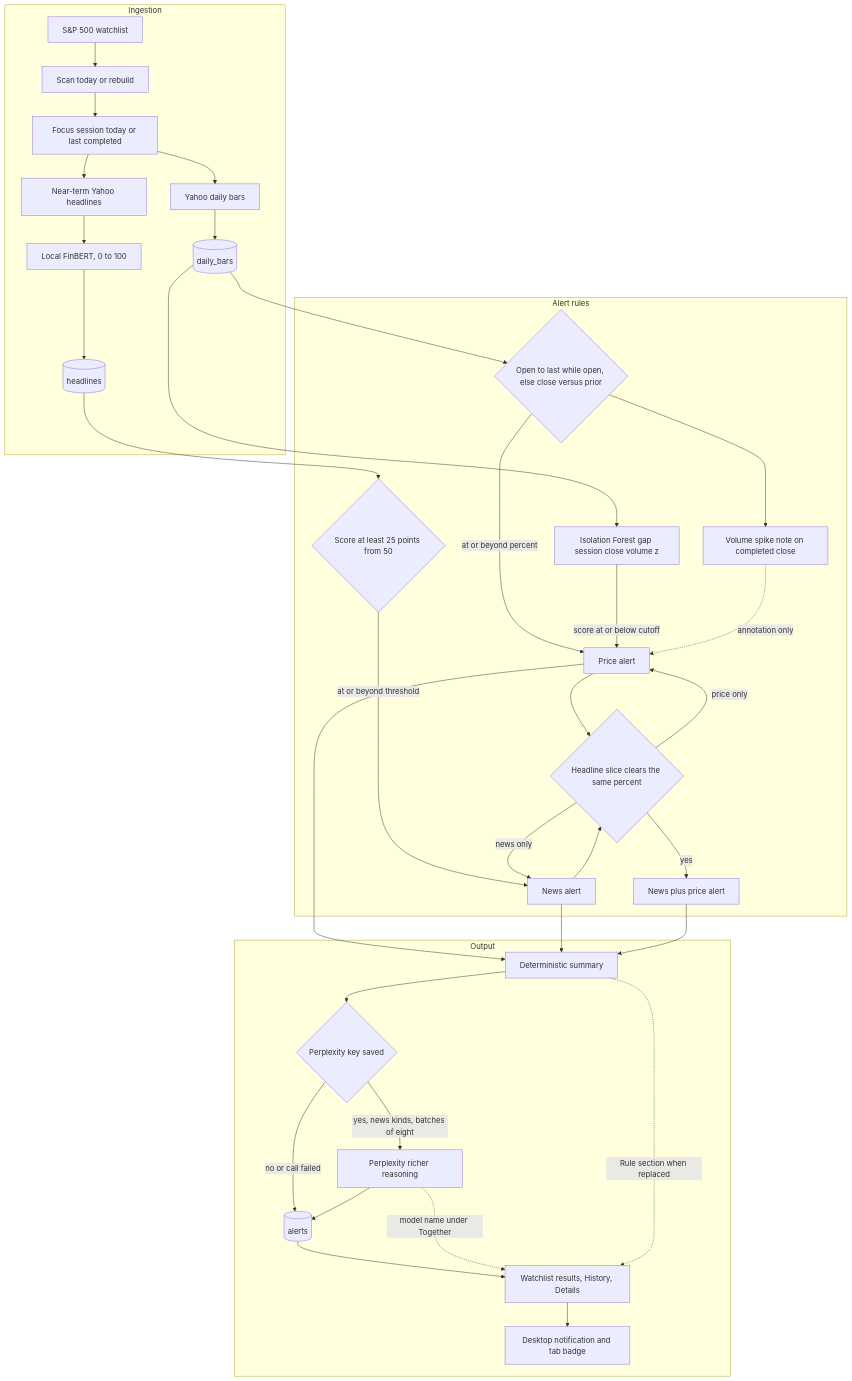
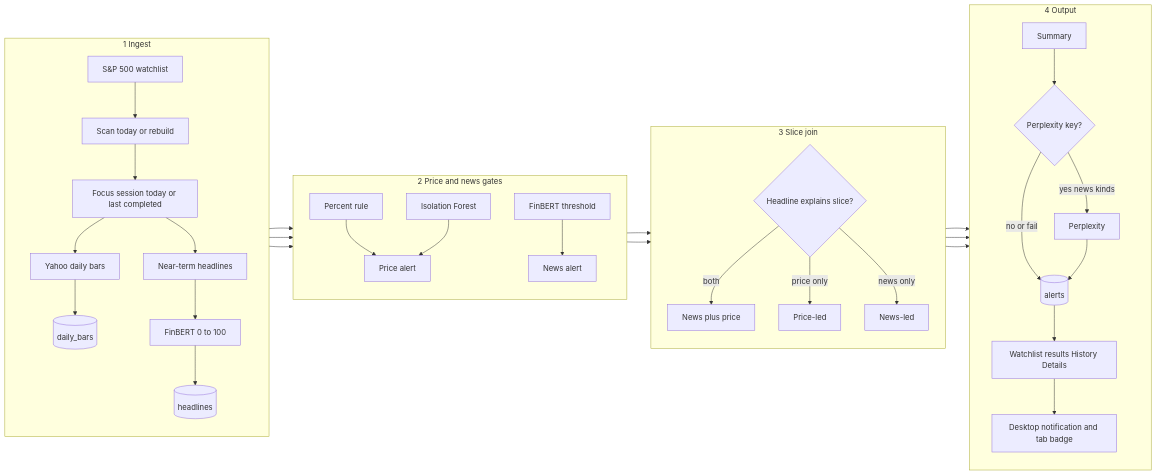
Before and after one commit to sameerde4/ticker-alert-system: the second of 10 diagrams in docs/architecture.md, drawn with Mermaid. The commit also changed other lines of this file and 2 other files, not shown here.

First line of the commit message:
Publish finished-system architecture with slide-friendly diagrams.

````diff
--- a/docs/architecture.md
+++ b/docs/architecture.md
@@ -187,42 +190,45 @@
 ```mermaid
-flowchart TB
-    subgraph ingest [Ingestion]
+flowchart LR
+    subgraph ingest [1 Ingest]
+        direction TB
         WL[S&P 500 watchlist] --> RUN[Scan today or rebuild]
         RUN --> FOCUS[Focus session today or last completed]
         FOCUS --> PX[Yahoo daily bars]
-        FOCUS --> NW[Near-term Yahoo headlines]
+        FOCUS --> NW[Near-term headlines]
         PX --> BARS[(daily_bars)]
-        NW --> SCORE[Local FinBERT, 0 to 100]
+        NW --> SCORE[FinBERT 0 to 100]
         SCORE --> NEWS[(headlines)]
     end
 
-    subgraph rules [Alert rules]
-        BARS --> PCT{Open to last while open, else close versus prior}
-        BARS --> IF[Isolation Forest gap session close volume z]
-        PCT -->|at or beyond percent| PA[Price alert]
-        IF -->|score at or below cutoff| PA
-        PCT --> VOL[Volume spike note on completed close]
-        VOL -.->|annotation only| PA
-        NEWS --> NA{Score at least 25 points from 50}
-        NA -->|at or beyond threshold| NEWSALERT[News alert]
-        PA --> ONE{Headline slice clears the same percent}
-        NEWSALERT --> ONE
-        ONE -->|yes| FA[News plus price alert]
-        ONE -->|price only| PA
-        ONE -->|news only| NEWSALERT
+    subgraph gates [2 Price and news gates]
+        direction TB
+        BARS --> PCT[Percent rule]
+        BARS --> IF[Isolation Forest]
+        PCT --> PA[Price alert]
+        IF --> PA
+        NEWS --> NA[FinBERT threshold]
+        NA --> NEWSALERT[News alert]
     end
 
-    subgraph out [Output]
-        PA --> RULE[Deterministic summary]
-        NEWSALERT --> RULE
-        FA --> RULE
-        RULE --> KEY{Perplexity key saved}
-        KEY -->|no or call failed| ALERTS[(alerts)]
-        KEY -->|yes, news kinds, batches of eight| PPLX[Perplexity richer reasoning]
+    subgraph join [3 Slice join]
+        direction TB
+        PA --> ONE{Headline explains slice?}
+        NEWSALERT --> ONE
+        ONE -->|both| FA[News plus price]
+        ONE -->|price only| PA2[Price-led]
+        ONE -->|news only| NA2[News-led]
+    end
+
+    subgraph out [4 Output]
+        direction TB
+        FA --> RULE[Summary]
+        PA2 --> RULE
+        NA2 --> RULE
+        RULE --> KEY{Perplexity key?}
+        KEY -->|yes news kinds| PPLX[Perplexity]
+        KEY -->|no or fail| ALERTS[(alerts)]
         PPLX --> ALERTS
-        ALERTS --> UI[Watchlist results, History, Details]
+        ALERTS --> UI[Watchlist results History Details]
         UI --> NOTE[Desktop notification and tab badge]
-        PPLX -.->|model name under Together| UI
-        RULE -.->|Rule section when replaced| UI
     end
 ```
````
